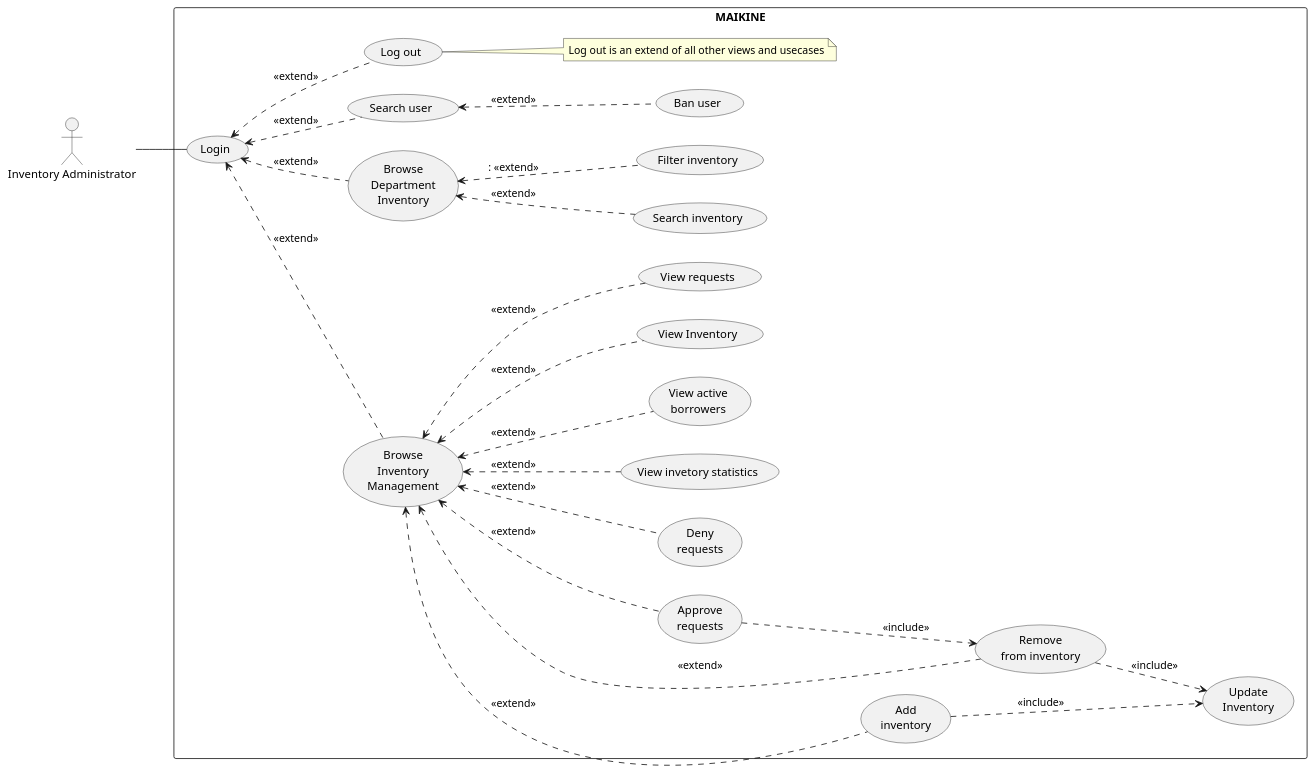
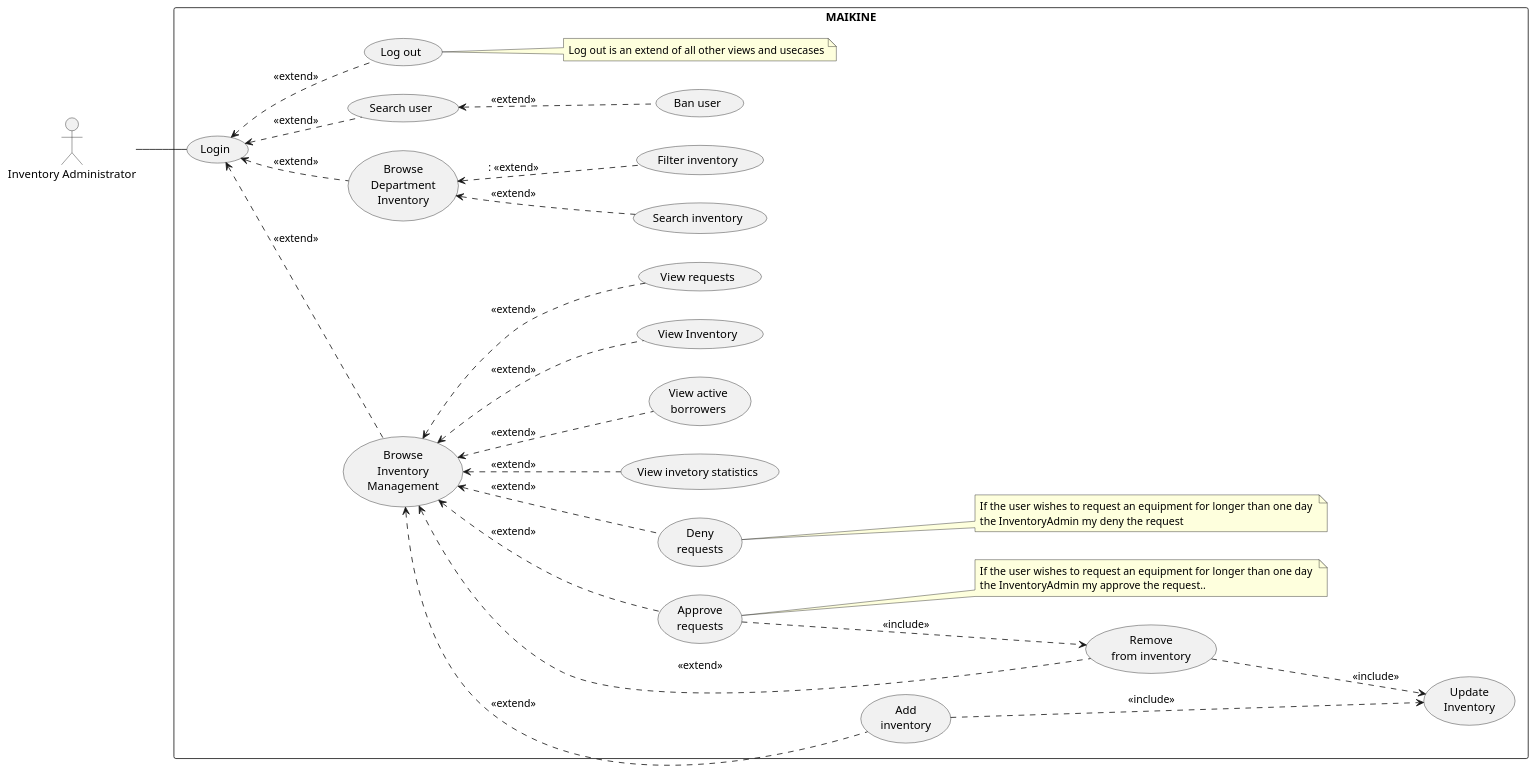
The diagram in usecaseDiagrams/Inventory_Administrator_Diagram.puml (JanPerez35/PlantUML), drawn with PlantUML before and after one commit. The commit also changed 1 other file, not shown here.

Commit message:
Added notes to Inventory Administrator

```diff
--- a/usecaseDiagrams/Inventory_Administrator_Diagram.puml
+++ b/usecaseDiagrams/Inventory_Administrator_Diagram.puml
@@ -1,60 +1,70 @@
 @startuml
 left to right direction
 skinparam packageStyle rectangle
 
 actor "Inventory Administrator" as InventoryAdmin
 
 rectangle MAIKINE {
 
   usecase "Login" as UC_Login
   usecase "Browse\nInventory\nManagement" as UC_InventoryMgmt
   usecase "Add\ninventory" as UC_AddInventory
   usecase "Update\nInventory" as UC_UpdateInventory
   usecase "Remove\nfrom inventory" as UC_RemoveInventory
   usecase "Approve\nrequests" as UC_ApproveRequests
   usecase "Deny\nrequests" as UC_DenyRequests
   usecase "View invetory statistics" as UC_ViewStatisitcs
   usecase "View active\nborrowers" as UC_ViewBorrowers
   usecase "Browse\nDepartment\nInventory" as UC_DepLending
   usecase "Ban user" as UC_BanUser
   usecase "Search user" as UC_SearchUser
   usecase "View Inventory" as UC_View
   usecase "View requests" as UC_ViewRequest
   usecase "Search inventory" as UC_Search
   usecase "Filter inventory" as UC_Filter
   usecase "Log out" as UC_Logout
 
   note right of (UC_Logout)
   Log out is an extend of all other views and usecases
+  end note
+
+  note right of (UC_DenyRequests)
+  If the user wishes to request an equipment for longer than one day 
+  the InventoryAdmin my deny the request
+  end note
+
+  note right of (UC_ApproveRequests)
+  If the user wishes to request an equipment for longer than one day 
+  the InventoryAdmin my approve the request..
   end note
 
 
 }
 
 InventoryAdmin -- UC_Login
 
 UC_Login <.. UC_Logout : <<extend>>
 UC_Login <.. UC_InventoryMgmt : <<extend>>
 UC_Login <.. UC_DepLending : <<extend>>
 UC_Login <.. UC_SearchUser : <<extend>>
 
 UC_InventoryMgmt <.. UC_AddInventory : <<extend>>
 UC_InventoryMgmt <.. UC_RemoveInventory : <<extend>>
 UC_InventoryMgmt <.. UC_ApproveRequests : <<extend>>
 UC_InventoryMgmt <.. UC_DenyRequests : <<extend>>
 UC_InventoryMgmt <.. UC_ViewBorrowers : <<extend>>
 UC_InventoryMgmt <.. UC_View: <<extend>>
 UC_InventoryMgmt <.. UC_ViewRequest: <<extend>>
 UC_InventoryMgmt <.. UC_ViewStatisitcs : <<extend>>
 
 UC_AddInventory ..> UC_UpdateInventory : <<include>>
 UC_RemoveInventory ..> UC_UpdateInventory : <<include>>
 UC_ApproveRequests ..> UC_RemoveInventory : <<include>>
 
 UC_SearchUser <.. UC_BanUser : <<extend>>
 
 UC_DepLending <.. UC_Search : <<extend>>
 UC_DepLending <.. UC_Filter :: <<extend>>
 
 
 @enduml
```
